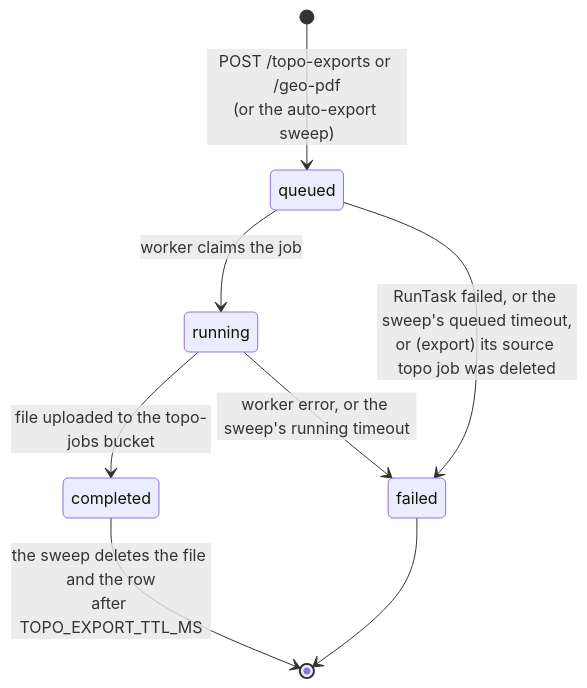
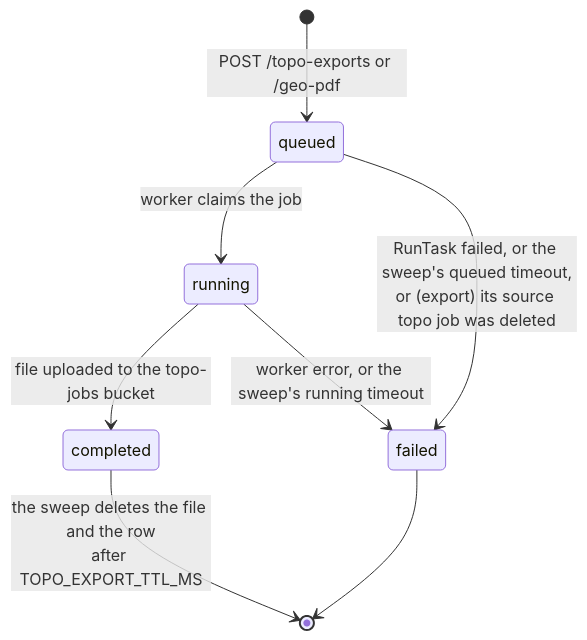
Before and after one commit to Zen-TM/logjam: the fifth of 5 diagrams in docs/architecture.md, drawn with Mermaid. The commit also changed other lines of this file and 39 other files, not shown here.

First line of the commit message:
refactor: remove exporting a LiDAR topo, and auto-export

````diff
--- a/docs/architecture.md
+++ b/docs/architecture.md
@@ -288,10 +287,10 @@
 ```mermaid
 stateDiagram-v2
-  [*] --> queued: POST /topo-exports or /geo-pdf<br/>(or the auto-export sweep)
+  [*] --> queued: POST /topo-exports or /geo-pdf
   queued --> running: worker claims the job
   queued --> failed: RunTask failed, or the sweep's queued timeout,<br/>or (export) its source topo job was deleted
   running --> completed: file uploaded to the topo-jobs bucket
   running --> failed: worker error, or the sweep's running timeout
   completed --> [*]: the sweep deletes the file and the row<br/>after TOPO_EXPORT_TTL_MS
   failed --> [*]
 ```
````
